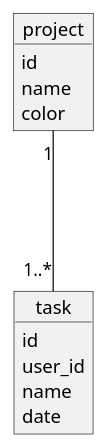
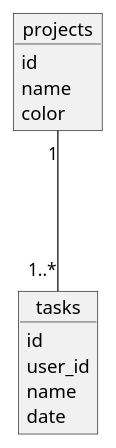
The diagram in AOO_DB.puml (rGreenData/todoc-master-), drawn with PlantUML before and after one commit. The commit also changed 9 other files, not shown here.

```diff
--- a/AOO_DB.puml
+++ b/AOO_DB.puml
@@ -1,15 +1,15 @@
 @startuml
-object project
-project : id
-project : name
-project : color
+object projects
+projects : id
+projects : name
+projects : color
 
 
-object task
-task : id
-task : user_id
-task : name
-task : date
+object tasks
+tasks : id
+tasks : user_id
+tasks : name
+tasks : date
 
-project "1" --- "1..*"  task
+projects "1" --- "1..*"  tasks
 @enduml
```
